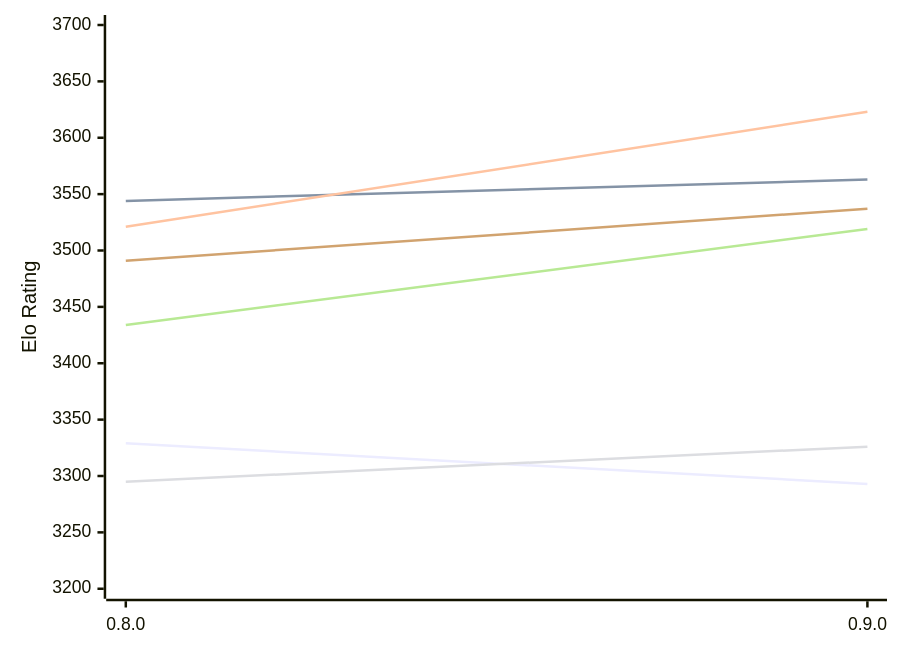
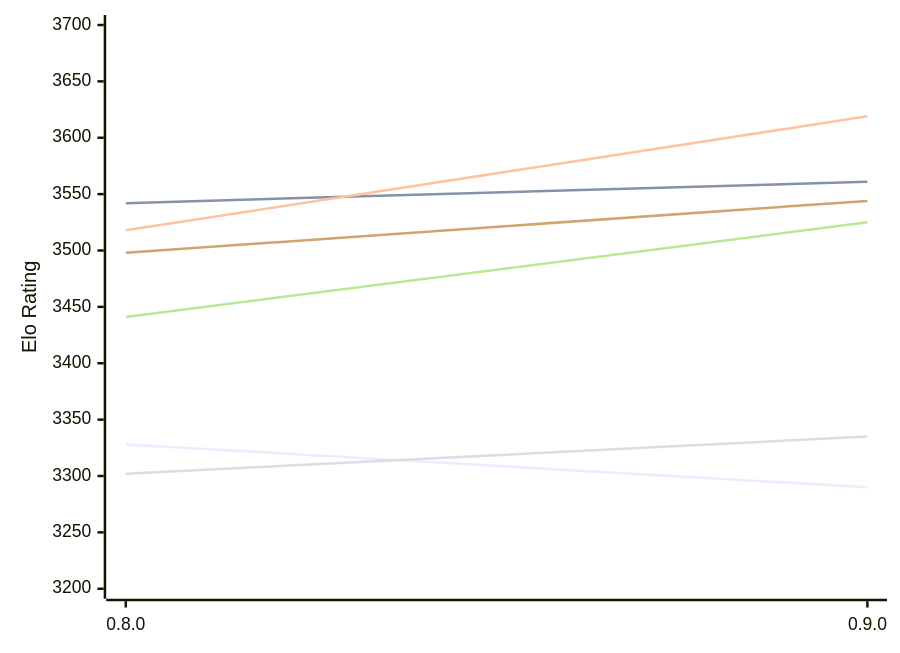
Before and after one commit to computer-chess-index/cci: the first of 2 diagrams in engines/Motor.md, drawn with Mermaid. The commit also changed other lines of this file, not shown here.

Commit message:
Update CCI Ratings (ELO VLTC) - 2026-11-23

````diff
--- a/engines/Motor.md
+++ b/engines/Motor.md
@@ -51,12 +51,12 @@
 ```mermaid
 %%{init: {"theme":"base","themeVariables":{"seriesColors:['#a3a3a3','#222221','#faa371']}}}%%
 xychart-beta
   x-axis ["0.8.0", "0.9.0"]
   y-axis "Elo Rating" 3200 --> 3700
-  line "E1: STC (8.0+0.08s)" [3329, 3293]
-  line "E1: LTC (60.0+0.60s)" [3544, 3563]
-  line "E1: VLTC (2m24s+1.12s)" [3521, 3623]
-  line "P1: STC (8.0+0.08s)" [3295, 3326]
-  line "P1: LTC (60.0+0.60s)" [3434, 3519]
-  line "P1: VLTC (2m24s+1.12s)" [3491, 3537]
+  line "E1: STC (8.0+0.08s)" [3328, 3290]
+  line "E1: LTC (60.0+0.60s)" [3542, 3561]
+  line "E1: VLTC (2m24s+1.12s)" [3518, 3619]
+  line "P1: STC (8.0+0.08s)" [3302, 3335]
+  line "P1: LTC (60.0+0.60s)" [3441, 3525]
+  line "P1: VLTC (2m24s+1.12s)" [3498, 3544]
 ```
````
